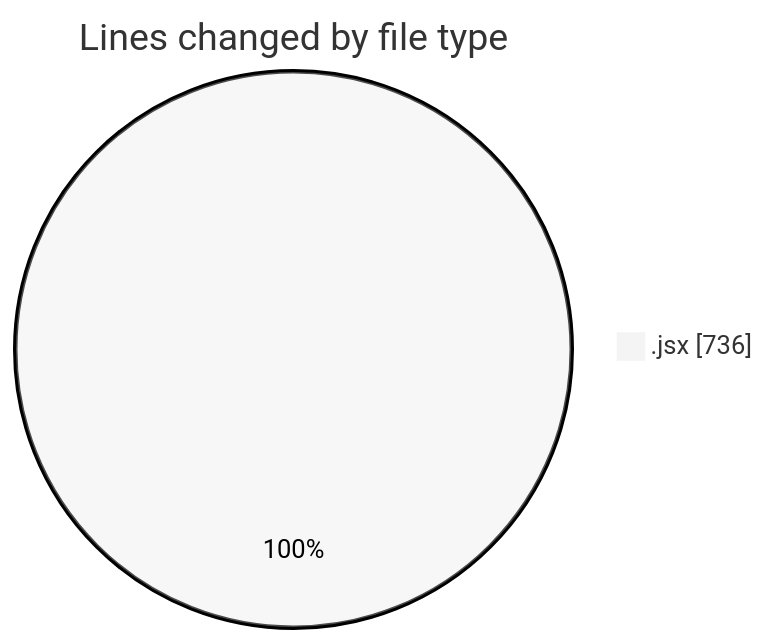
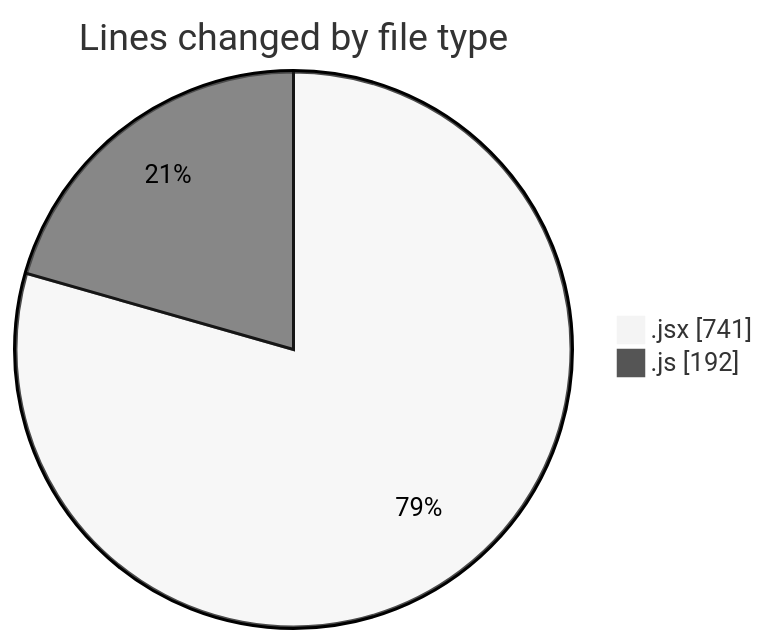
The first of 2 diagrams in 2025-07-11/argos/README.md (nxtqubesakshisongat/code-tracking), drawn with Mermaid (neutral theme) before and after one commit. The commit also changed other lines of this file and 1 other file, not shown here.

````diff
--- a/2025-07-11/argos/README.md
+++ b/2025-07-11/argos/README.md
@@ -22,5 +23,6 @@
 ```mermaid
 pie showData
 title Lines changed by file type
-".jsx" : 736
+".jsx" : 741
+".js" : 192
 ```
````
